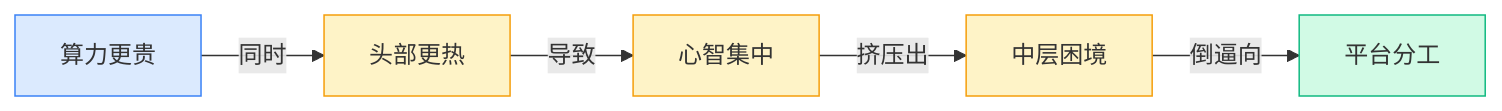
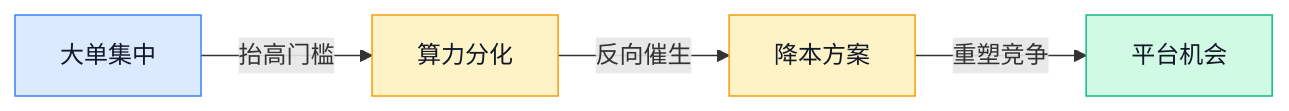
The third of 4 diagrams in content/cn/blog/weekly/2026-W16.md (ylzsdafei/ai-daily-site), drawn with Mermaid before and after one commit. The commit also changed other lines of this file and 1 other file, not shown here.

Commit message:
feat: 图谱移到文字前面（先看图再看分析）

````diff
--- a/content/cn/blog/weekly/2026-W16.md
+++ b/content/cn/blog/weekly/2026-W16.md
@@ -79,13 +66,10 @@
 ```mermaid
 graph LR
-A[算力更贵] -->|同时| B[头部更热]
-B -->|导致| C[心智集中]
-C -->|挤压出| D[中层困境]
-D -->|倒逼向| E[平台分工]
-classDef blue fill:#dbeafe,stroke:#3b82f6
-classDef yellow fill:#fef3c7,stroke:#f59e0b
-classDef green fill:#d1fae5,stroke:#10b981
-class A blue
-class B,C,D yellow
-class E green
+    A[大单集中] -->|抬高门槛| B[算力分化] -->|反向催生| C[降本方案] -->|重塑竞争| D[平台机会]
+    classDef blue fill:#dbeafe,stroke:#3b82f6,color:#111827
+    classDef yellow fill:#fef3c7,stroke:#f59e0b,color:#111827
+    classDef green fill:#d1fae5,stroke:#10b981,color:#111827
+    class A blue
+    class B,C yellow
+    class D green
 ```
````
